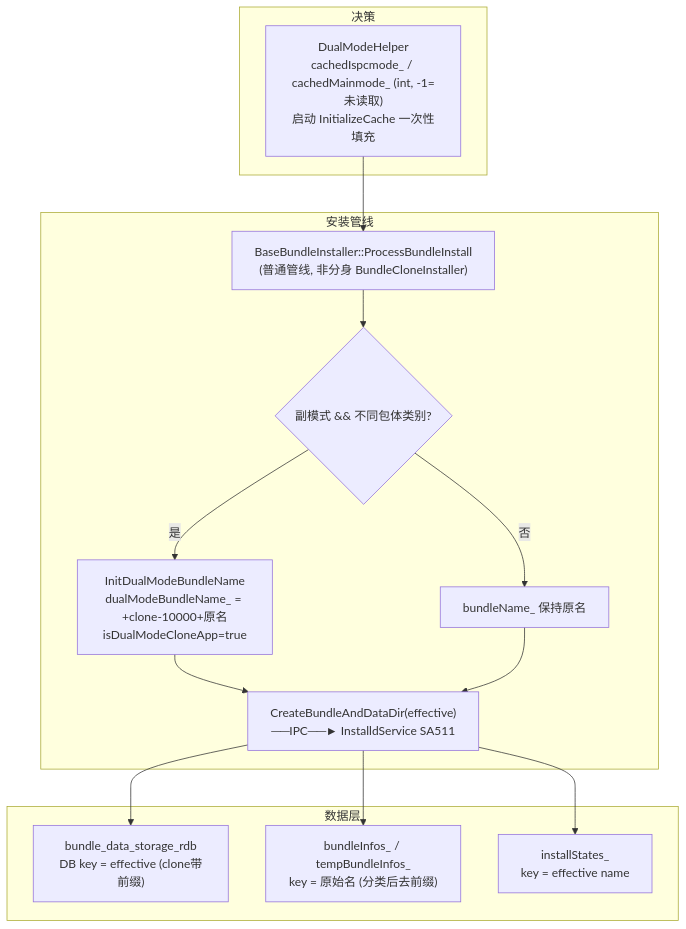
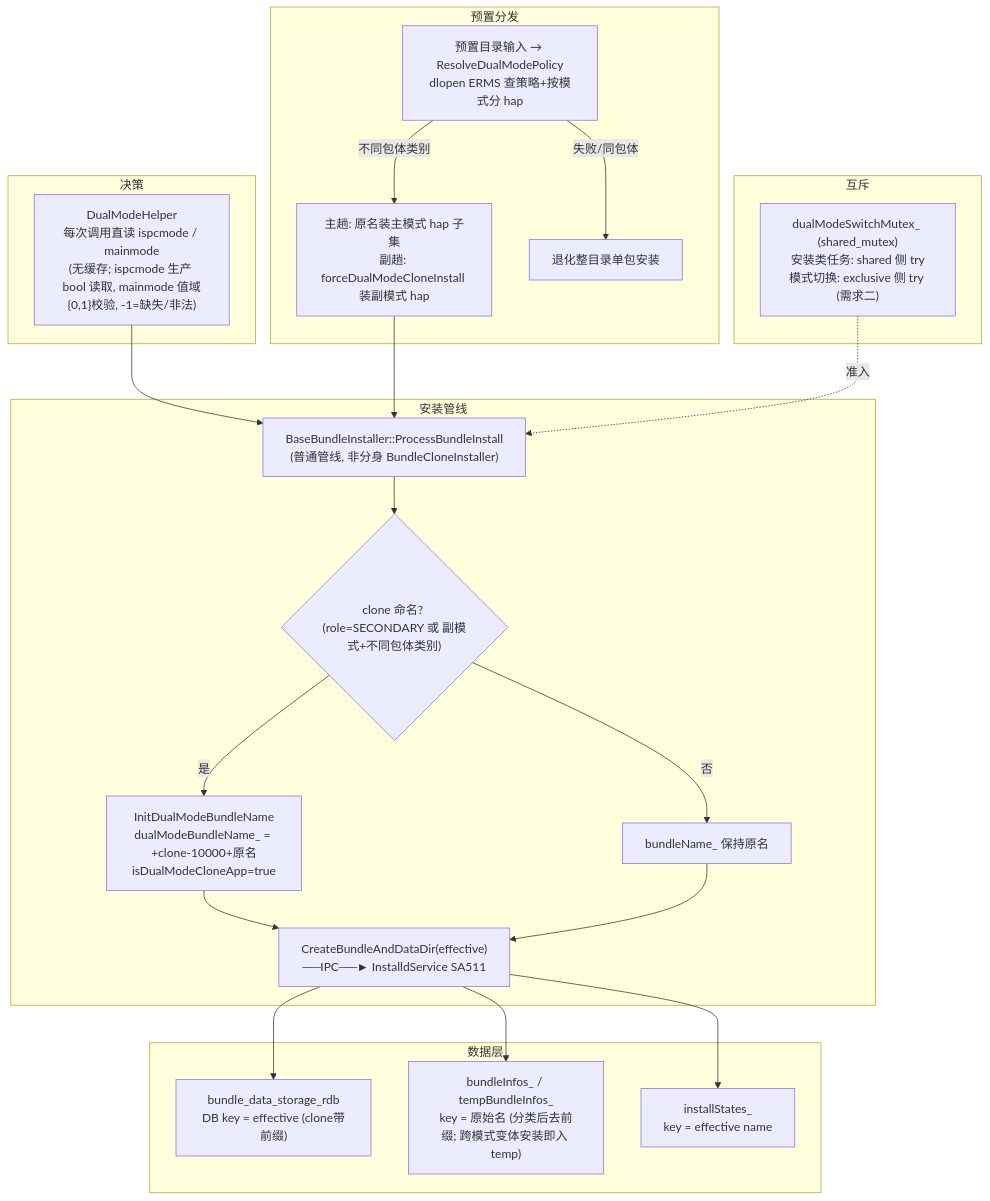
One commit to eclipse-oniro-mirrors/bundlemanager_bundle_framework changed the first of 7 diagrams in .specs/features/dual-mode-app-install/design.md. Above: the diagram before and after it, drawn with Mermaid. The commit also changed other lines of this file and 8 other files, not shown here.

````diff
--- a/.specs/features/dual-mode-app-install/design.md
+++ b/.specs/features/dual-mode-app-install/design.md
@@ -73,20 +73,30 @@
 ```mermaid
 flowchart TD
     subgraph 决策
-        A["DualModeHelper<br/>cachedIspcmode_ / cachedMainmode_ (int, -1=未读取)<br/>启动 InitializeCache 一次性填充"]
+        A["DualModeHelper<br/>每次调用直读 ispcmode / mainmode<br/>(无缓存; ispcmode 生产 bool 读取, mainmode 值域{0,1}校验, -1=缺失/非法)"]
     end
     subgraph 安装管线
         B["BaseBundleInstaller::ProcessBundleInstall<br/>(普通管线, 非分身 BundleCloneInstaller)"]
-        B --> C{"副模式 && 不同包体类别?"}
+        B --> C{"clone 命名? (role=SECONDARY 或 副模式+不同包体类别)"}
         C -- 是 --> D["InitDualModeBundleName<br/>dualModeBundleName_ = +clone-10000+原名<br/>isDualModeCloneApp=true"]
         C -- 否 --> E["bundleName_ 保持原名"]
         D --> F["CreateBundleAndDataDir(effective)<br/>──IPC──► InstalldService SA511"]
         E --> F
     end
+    subgraph 预置分发
+        J["预置目录输入 → ResolveDualModePolicy<br/>dlopen ERMS 查策略+按模式分 hap"]
+        J -- 不同包体类别 --> K["主趟: 原名装主模式 hap 子集<br/>副趟: forceDualModeCloneInstall 装副模式 hap"]
+        J -- 失败/同包体 --> L["退化整目录单包安装"]
+    end
+    subgraph 互斥
+        M["dualModeSwitchMutex_ (shared_mutex)<br/>安装类任务: shared 侧 try<br/>模式切换: exclusive 侧 try (需求二)"]
+    end
     subgraph 数据层
         F --> G["bundle_data_storage_rdb<br/>DB key = effective (clone带前缀)"]
-        F --> H["bundleInfos_ / tempBundleInfos_<br/>key = 原始名 (分类后去前缀)"]
+        F --> H["bundleInfos_ / tempBundleInfos_<br/>key = 原始名 (分类后去前缀; 跨模式变体安装即入 temp)"]
         F --> I["installStates_<br/>key = effective name"]
     end
     A --> B
+    K --> B
+    M -.准入.-> B
 ```
````
